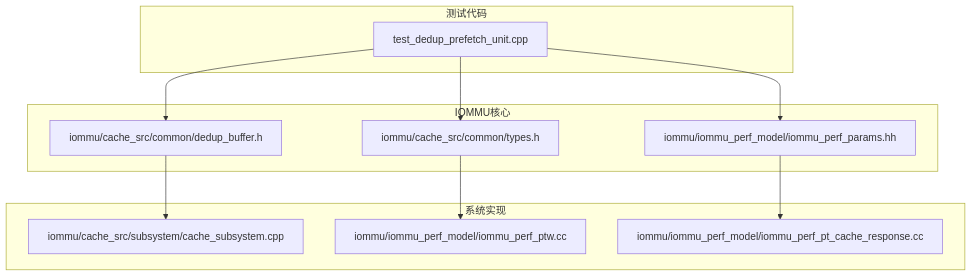
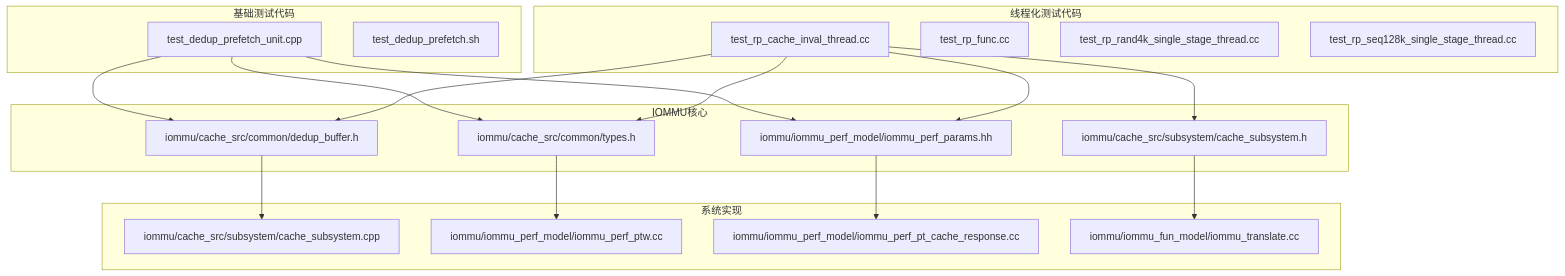
Before and after one commit to jiangjiang1122/iommu_model_20260401_v1: the tenth of 10 diagrams in .qoder/repowiki/zh/content/测试与验证/单元测试.md, drawn with Mermaid. The commit also changed other lines of this file and 186 other files, not shown here.

````diff
--- a/.qoder/repowiki/zh/content/测试与验证/单元测试.md
+++ b/.qoder/repowiki/zh/content/测试与验证/单元测试.md
@@ -356,22 +447,36 @@
 ```mermaid
 graph TB
-subgraph "测试代码"
+subgraph "基础测试代码"
 T1[test_dedup_prefetch_unit.cpp]
+T2[test_dedup_prefetch.sh]
+end
+subgraph "线程化测试代码"
+T3[test_rp_cache_inval_thread.cc]
+T4[test_rp_func.cc]
+T5[test_rp_rand4k_single_stage_thread.cc]
+T6[test_rp_seq128k_single_stage_thread.cc]
 end
 subgraph "IOMMU核心"
 C1[iommu/cache_src/common/dedup_buffer.h]
 C2[iommu/cache_src/common/types.h]
 C3[iommu/iommu_perf_model/iommu_perf_params.hh]
+C4[iommu/cache_src/subsystem/cache_subsystem.h]
 end
 subgraph "系统实现"
 S1[iommu/cache_src/subsystem/cache_subsystem.cpp]
 S2[iommu/iommu_perf_model/iommu_perf_ptw.cc]
 S3[iommu/iommu_perf_model/iommu_perf_pt_cache_response.cc]
+S4[iommu/iommu_fun_model/iommu_translate.cc]
 end
 T1 --> C1
 T1 --> C2
 T1 --> C3
+T3 --> C1
+T3 --> C2
+T3 --> C3
+T3 --> C4
 C1 --> S1
 C2 --> S2
 C3 --> S3
+C4 --> S4
 ```
````
